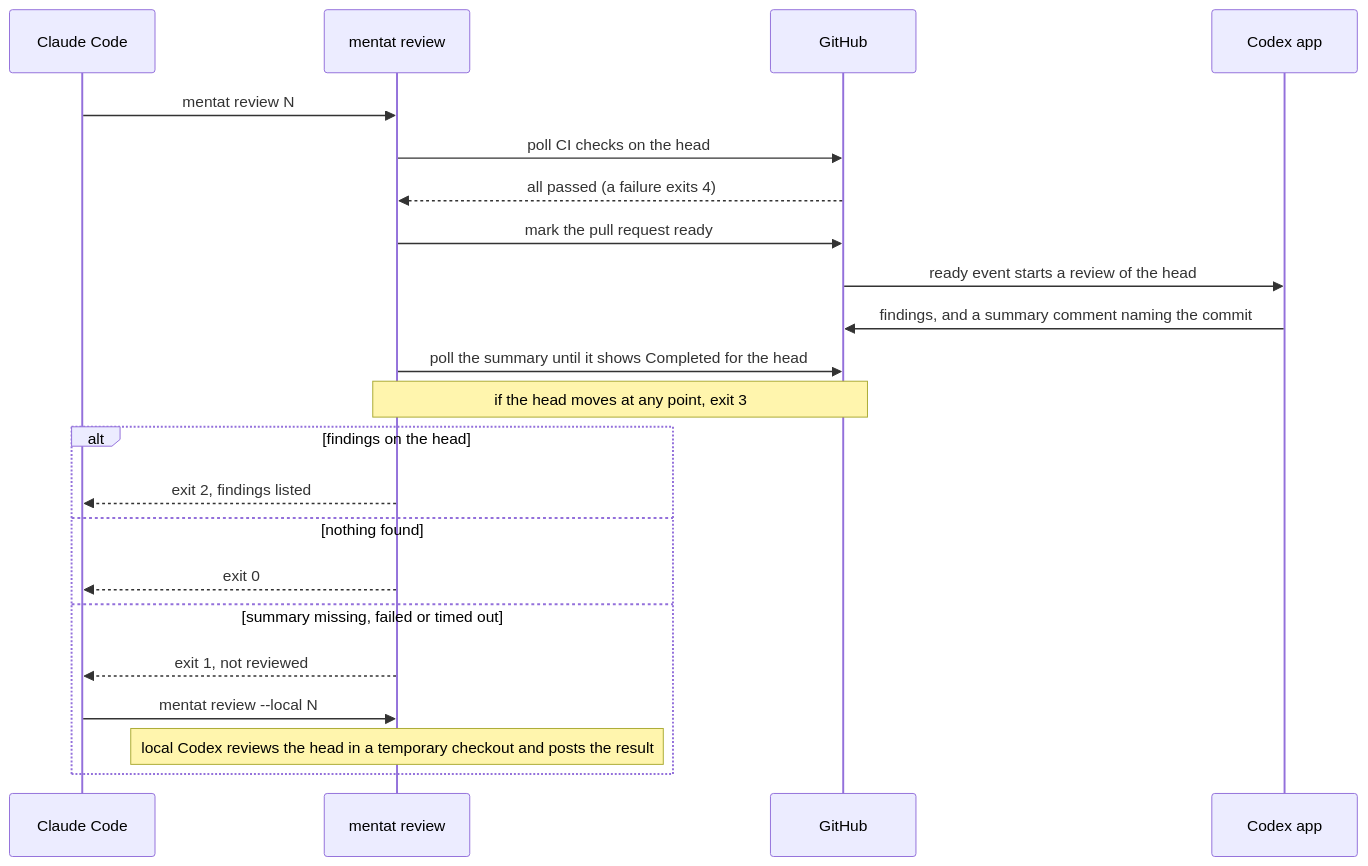
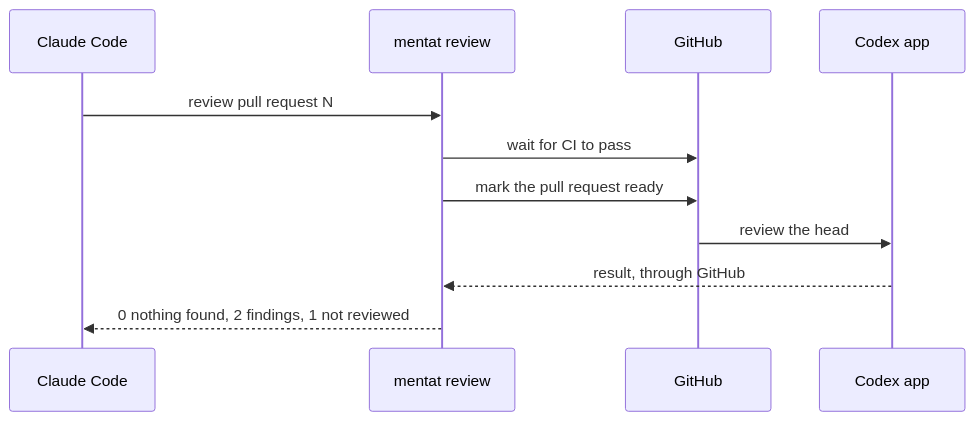
One commit to ericfurspan/mentat changed the third of 3 diagrams in docs/how-it-works.md. Above: the diagram before and after it, drawn with Mermaid. The commit also changed other lines of this file, not shown here.

Commit message:
docs: cut each diagram to seven nodes or fewer

````diff
--- a/docs/how-it-works.md
+++ b/docs/how-it-works.md
@@ -101,24 +89,13 @@
 ```mermaid
 sequenceDiagram
     participant CC as Claude Code
     participant M as mentat review
     participant GH as GitHub
     participant App as Codex app
-    CC->>M: mentat review N
-    M->>GH: poll CI checks on the head
-    GH-->>M: all passed (a failure exits 4)
+    CC->>M: review pull request N
+    M->>GH: wait for CI to pass
     M->>GH: mark the pull request ready
-    GH->>App: ready event starts a review of the head
-    App->>GH: findings, and a summary comment naming the commit
-    M->>GH: poll the summary until it shows Completed for the head
-    Note over M,GH: if the head moves at any point, exit 3
-    alt findings on the head
-        M-->>CC: exit 2, findings listed
-    else nothing found
-        M-->>CC: exit 0
-    else summary missing, failed or timed out
-        M-->>CC: exit 1, not reviewed
-        CC->>M: mentat review --local N
-        Note over M: local Codex reviews the head in a temporary checkout and posts the result
-    end
+    GH->>App: review the head
+    App-->>M: result, through GitHub
+    M-->>CC: 0 nothing found, 2 findings, 1 not reviewed
 ```
````
